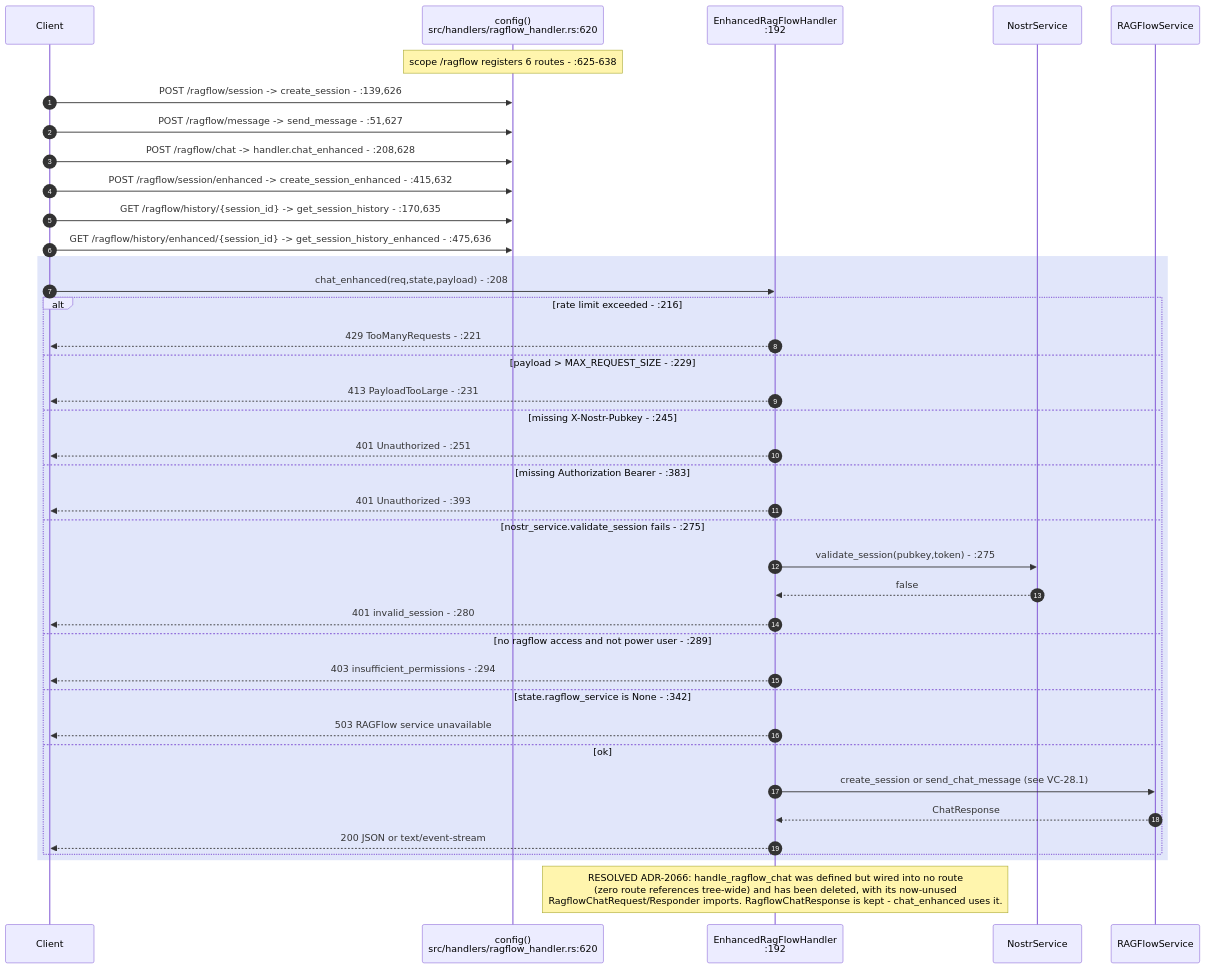
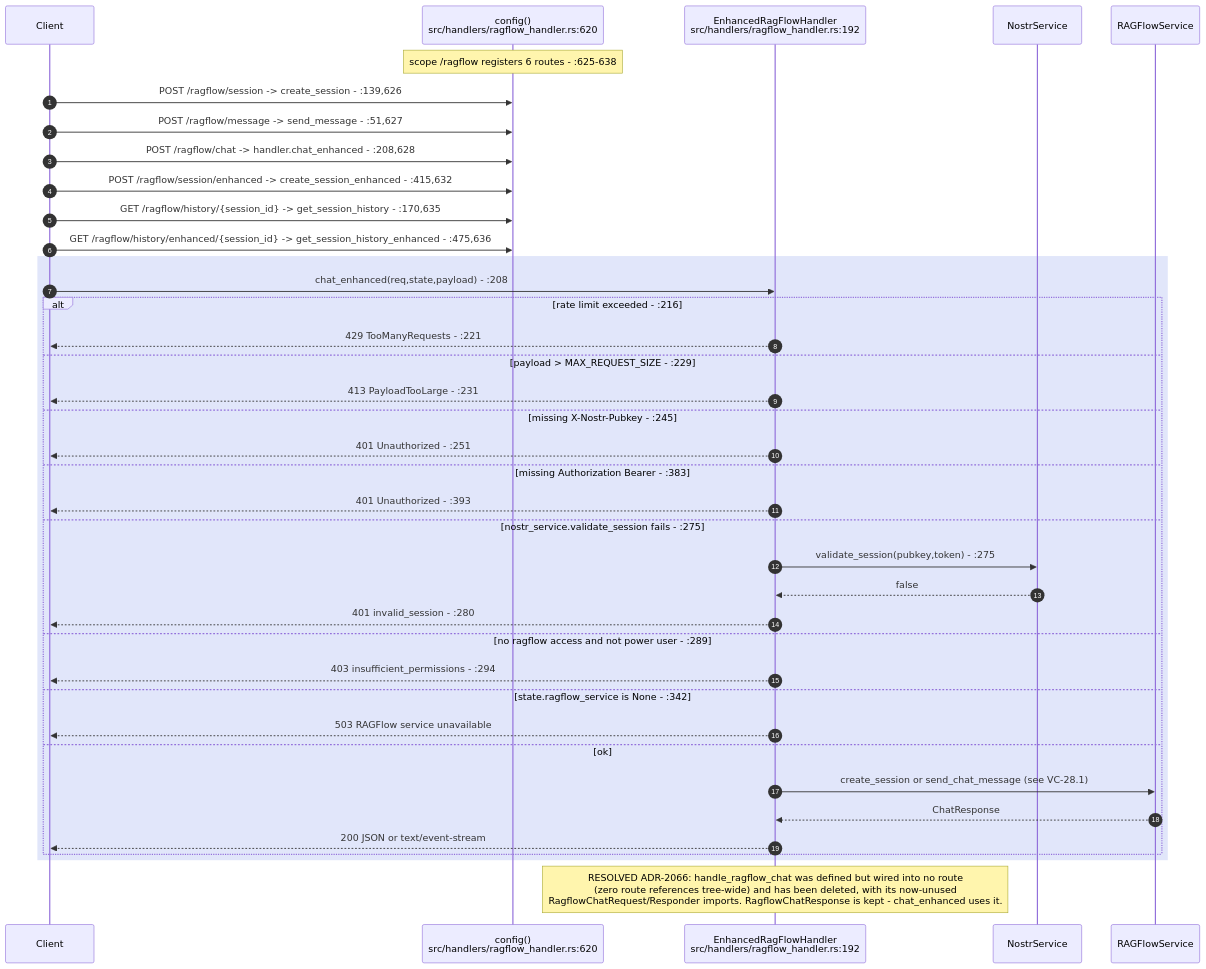
One commit to DreamLab-AI/VisionFlow changed the second of 9 diagrams in docs/diagrams/visionclaw/28-external-services.md. Above: the diagram before and after it, drawn with Mermaid. The commit also changed other lines of this file and 52 other files, not shown here.

First line of the commit message:
docs(diagrams): wave 3 checkpoint — bare line refs resolved, revision-pinned cite-check, VC-05/AB-01..13 re-attested

````diff
--- a/docs/diagrams/visionclaw/28-external-services.md
+++ b/docs/diagrams/visionclaw/28-external-services.md
@@ -84,44 +84,44 @@
 ```mermaid
 sequenceDiagram
     autonumber
     participant C as Client
     participant CFG as config()<br/>src/handlers/ragflow_handler.rs:620
-    participant H as EnhancedRagFlowHandler<br/>:192
+    participant H as EnhancedRagFlowHandler<br/>src/handlers/ragflow_handler.rs:192
     participant N as NostrService
     participant RS as RAGFlowService
 
     Note over CFG: scope /ragflow registers 6 routes - :625-638
     C->>CFG: POST /ragflow/session -> create_session - :139,626
     C->>CFG: POST /ragflow/message -> send_message - :51,627
     C->>CFG: POST /ragflow/chat -> handler.chat_enhanced - :208,628
     C->>CFG: POST /ragflow/session/enhanced -> create_session_enhanced - :415,632
     C->>CFG: GET /ragflow/history/{session_id} -> get_session_history - :170,635
     C->>CFG: GET /ragflow/history/enhanced/{session_id} -> get_session_history_enhanced - :475,636
 
     rect rgb(225,230,250)
     C->>H: chat_enhanced(req,state,payload) - :208
     alt rate limit exceeded - :216
         H-->>C: 429 TooManyRequests - :221
     else payload > MAX_REQUEST_SIZE - :229
         H-->>C: 413 PayloadTooLarge - :231
     else missing X-Nostr-Pubkey - :245
         H-->>C: 401 Unauthorized - :251
     else missing Authorization Bearer - :383
         H-->>C: 401 Unauthorized - :393
     else nostr_service.validate_session fails - :275
         H->>N: validate_session(pubkey,token) - :275
         N-->>H: false
         H-->>C: 401 invalid_session - :280
     else no ragflow access and not power user - :289
         H-->>C: 403 insufficient_permissions - :294
     else state.ragflow_service is None - :342
         H-->>C: 503 RAGFlow service unavailable
     else ok
         H->>RS: create_session or send_chat_message (see VC-28.1)
         RS-->>H: ChatResponse
         H-->>C: 200 JSON or text/event-stream
     end
     end
 
     Note over H: RESOLVED ADR-2066: handle_ragflow_chat was defined but wired into no route<br/>(zero route references tree-wide) and has been deleted, with its now-unused<br/>RagflowChatRequest/Responder imports. RagflowChatResponse is kept - chat_enhanced uses it.
 ```
````
